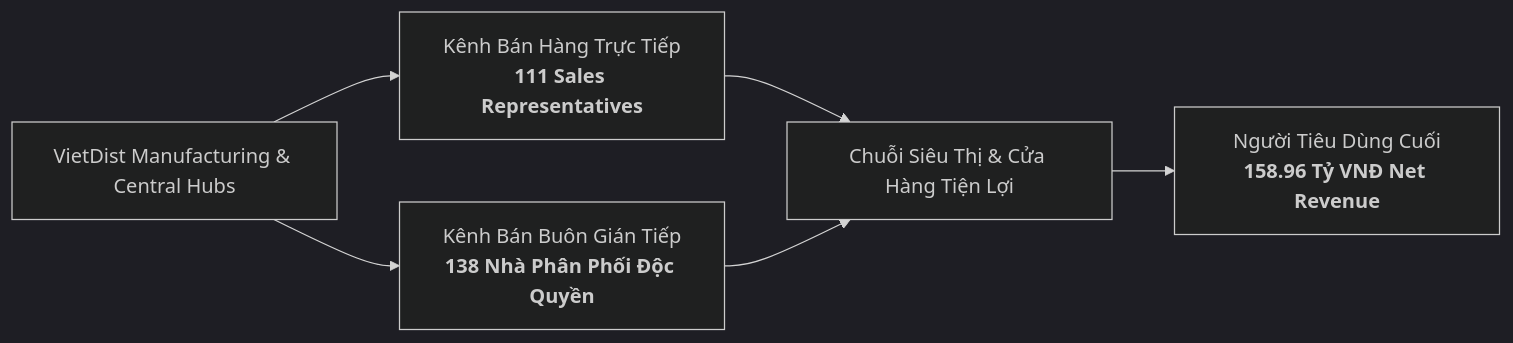
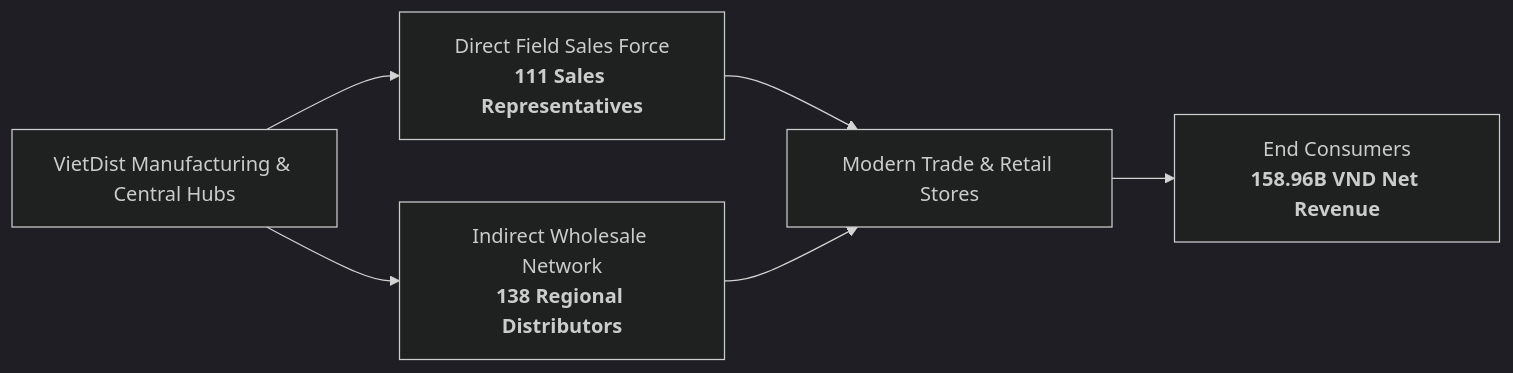
The first of 5 diagrams in README.md (thunx280-ctrl/medallion-datapipeline), drawn with Mermaid (dark theme) before and after one commit. The commit also changed other lines of this file, not shown here.

````diff
--- a/README.md
+++ b/README.md
@@ -46,8 +46,8 @@
 ```mermaid
 flowchart LR
-    A["VietDist Manufacturing & Central Hubs"] --> B["Kênh Bán Hàng Trực Tiếp<br/><b>111 Sales Representatives</b>"]
-    A --> C["Kênh Bán Buôn Gián Tiếp<br/><b>138 Nhà Phân Phối Độc Quyền</b>"]
-    B --> D["Chuỗi Siêu Thị & Cửa Hàng Tiện Lợi"]
+    A["VietDist Manufacturing & Central Hubs"] --> B["Direct Field Sales Force<br/><b>111 Sales Representatives</b>"]
+    A --> C["Indirect Wholesale Network<br/><b>138 Regional Distributors</b>"]
+    B --> D["Modern Trade & Retail Stores"]
     C --> D
-    D --> E["Người Tiêu Dùng Cuối<br/><b>158.96 Tỷ VNĐ Net Revenue</b>"]
+    D --> E["End Consumers<br/><b>158.96B VND Net Revenue</b>"]
 ```
````
